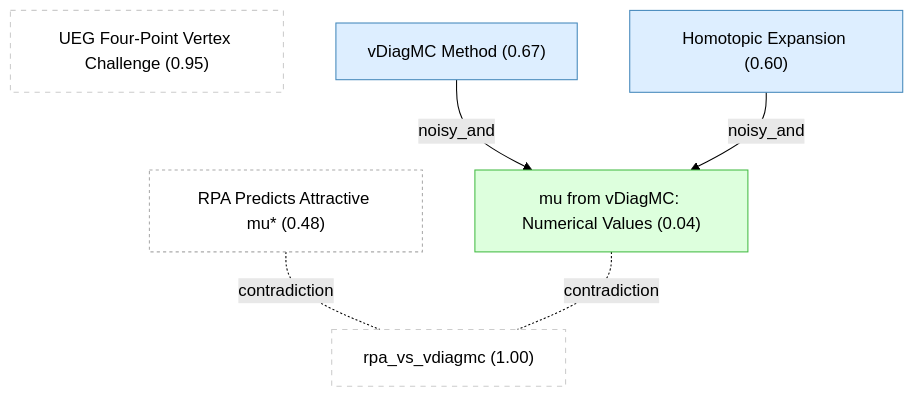
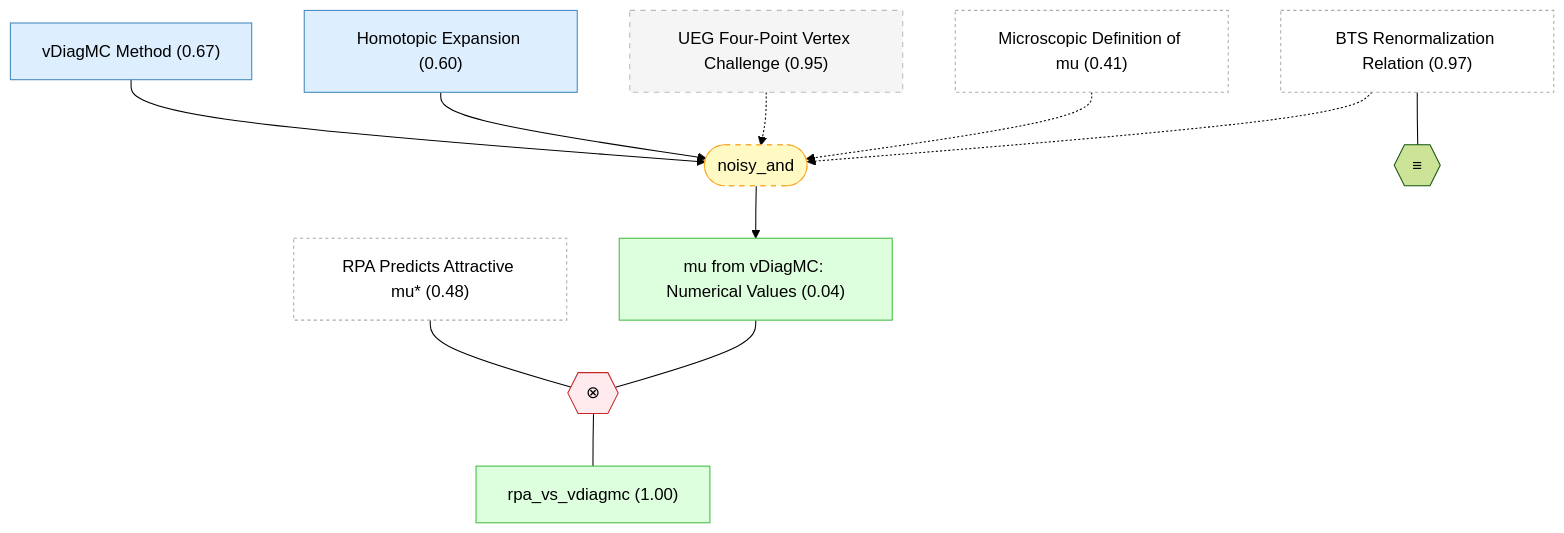
One commit to kunyuan/SuperconductivityElectronLiquids.gaia changed the fourth of 6 diagrams in README.md. Above: the diagram before and after it, drawn with Mermaid (forest theme). The commit also changed other lines of this file, not shown here.

First line of the commit message:
docs: regenerate README with strategy/operator Mermaid nodes

````diff
--- a/README.md
+++ b/README.md
@@ -463,20 +523,34 @@
 ```mermaid
 graph TD
+    bts_renormalization["BTS Renormalization Relation (0.97)"]:::external
     rpa_predicts_attractive_mu["RPA Predicts Attractive mu* (0.48)"]:::external
-    ueg_vertex_challenge["UEG Four-Point Vertex Challenge (0.95)"]:::orphan
+    mu_microscopic_definition["Microscopic Definition of mu (0.41)"]:::external
+    ueg_vertex_challenge["UEG Four-Point Vertex Challenge (0.95)"]:::background
     vdiagmc_method["vDiagMC Method (0.67)"]:::premise
     homotopic_expansion["Homotopic Expansion (0.60)"]:::premise
     mu_vdiagmc_values["mu from vDiagMC: Numerical Values (0.04)"]:::derived
-    rpa_vs_vdiagmc["rpa_vs_vdiagmc (1.00)"]:::orphan
-    vdiagmc_method -->|noisy_and| mu_vdiagmc_values
-    homotopic_expansion -->|noisy_and| mu_vdiagmc_values
-    rpa_predicts_attractive_mu -.-|contradiction| rpa_vs_vdiagmc
-    mu_vdiagmc_values -.-|contradiction| rpa_vs_vdiagmc
+    rpa_vs_vdiagmc["rpa_vs_vdiagmc (1.00)"]:::derived
+    strat_11(["noisy_and"]):::weak
+    vdiagmc_method --> strat_11
+    homotopic_expansion --> strat_11
+    ueg_vertex_challenge -.-> strat_11
+    mu_microscopic_definition -.-> strat_11
+    bts_renormalization -.-> strat_11
+    strat_11 --> mu_vdiagmc_values
+    oper_0{{"≡"}}
+    bts_renormalization --- oper_0
+    oper_1{{"⊗"}}:::contra
+    rpa_predicts_attractive_mu --- oper_1
+    mu_vdiagmc_values --- oper_1
+    oper_1 --- rpa_vs_vdiagmc
 
     classDef setting fill:#f0f0f0,stroke:#999
     classDef premise fill:#ddeeff,stroke:#4488bb
     classDef derived fill:#ddffdd,stroke:#44bb44
     classDef question fill:#fff3dd,stroke:#cc9944
+    classDef background fill:#f5f5f5,stroke:#bbb,stroke-dasharray: 5 5
     classDef orphan fill:#fff,stroke:#ccc,stroke-dasharray: 5 5
     classDef external fill:#fff,stroke:#aaa,stroke-dasharray: 3 3
+    classDef weak fill:#fff9c4,stroke:#f9a825,stroke-dasharray: 5 5
+    classDef contra fill:#ffebee,stroke:#c62828
 ```
````
